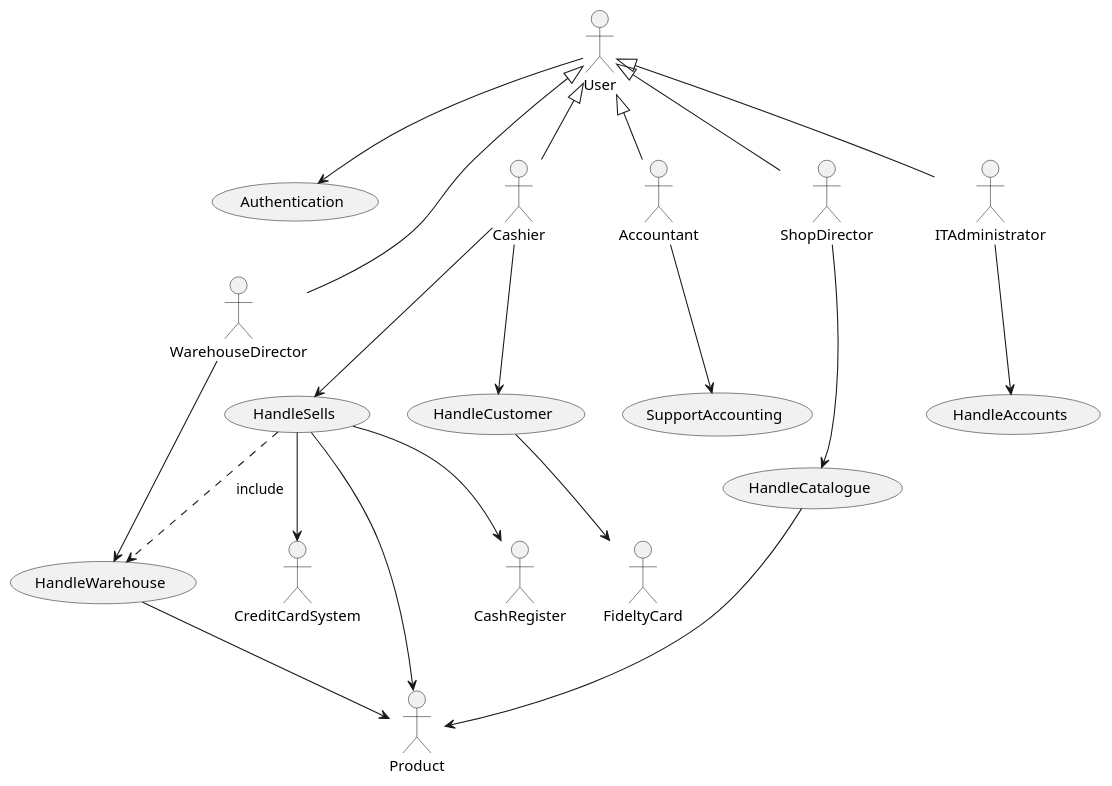
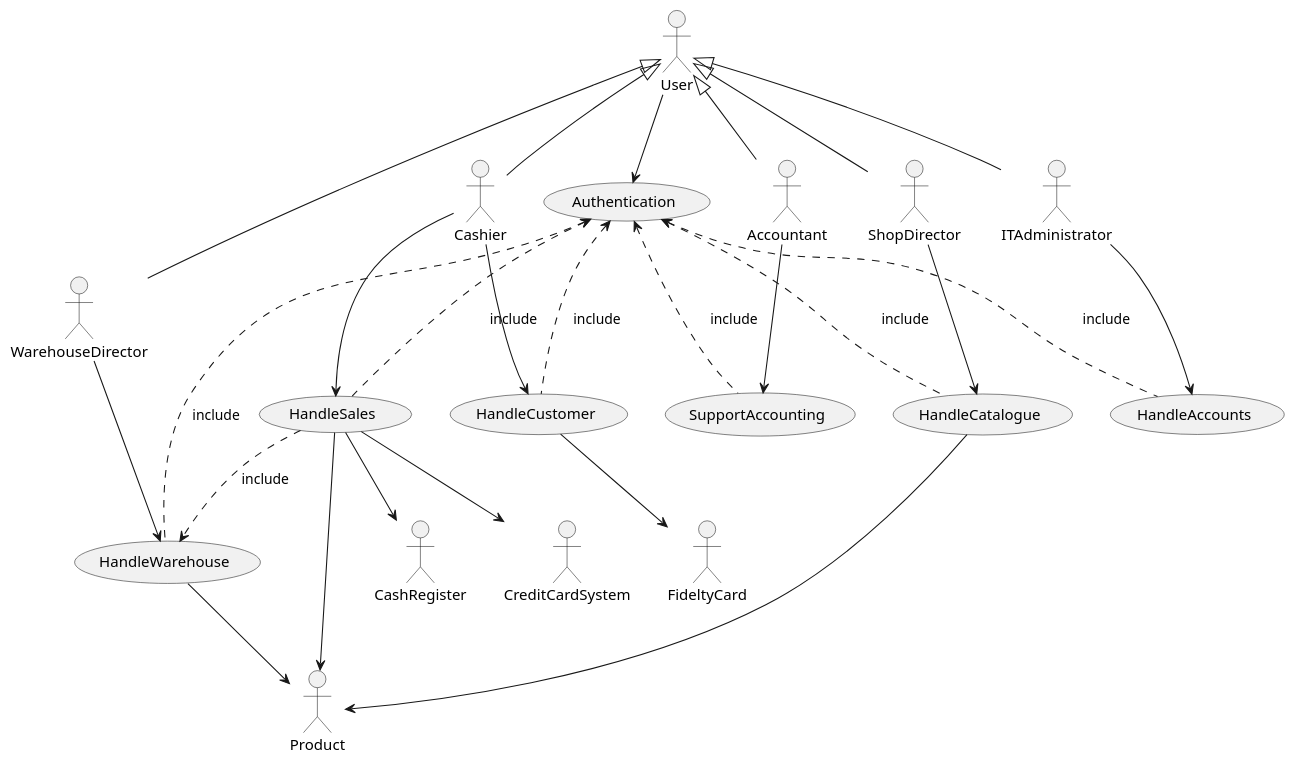
One commit to Stormz4/group20-EzShop changed the second of 3 diagrams in Deliverables/RequirementsDocument.md. Above: the diagram before and after it, drawn with PlantUML. The commit also changed other lines of this file, not shown here.

Commit message:
Doc: Modified use cases to handle catalogue, customers, accounts and to authenticate. Modified use cases diagram. Modified actors.

````diff
--- a/Deliverables/RequirementsDocument.md
+++ b/Deliverables/RequirementsDocument.md
@@ -227,37 +227,44 @@
 ```plantuml
 @startuml
 usecase Authentication
-usecase HandleSells
+usecase HandleSales
 usecase HandleCustomer
 usecase HandleCatalogue
 usecase HandleWarehouse
 usecase SupportAccounting
 usecase HandleAccounts
 
 
 User <|-- Cashier
 User <|-- WarehouseDirector
 User <|-- Accountant
 User <|-- ShopDirector
 User <|-- ITAdministrator
 
 User --> Authentication
-Cashier --> HandleSells
+Cashier --> HandleSales
 Cashier --> HandleCustomer
 ShopDirector --> HandleCatalogue
 WarehouseDirector --> HandleWarehouse
 Accountant --> SupportAccounting
 
 
 ITAdministrator --> HandleAccounts
 
-HandleSells --> Product
+HandleSales --> Product
 HandleWarehouse --> Product
 HandleCatalogue --> Product
-HandleSells ..> HandleWarehouse : include
+HandleSales ..> HandleWarehouse : include
+
+Authentication <.. HandleSales : include
+Authentication <.. HandleCustomer : include
+Authentication <.. HandleCatalogue : include
+Authentication <.. HandleWarehouse : include
+Authentication <.. HandleAccounts : include
+Authentication <.. SupportAccounting : include
 
 HandleCustomer --> FideltyCard
-HandleSells --> CashRegister
-HandleSells --> CreditCardSystem
+HandleSales --> CashRegister
+HandleSales --> CreditCardSystem
 @enduml
 ```
````
